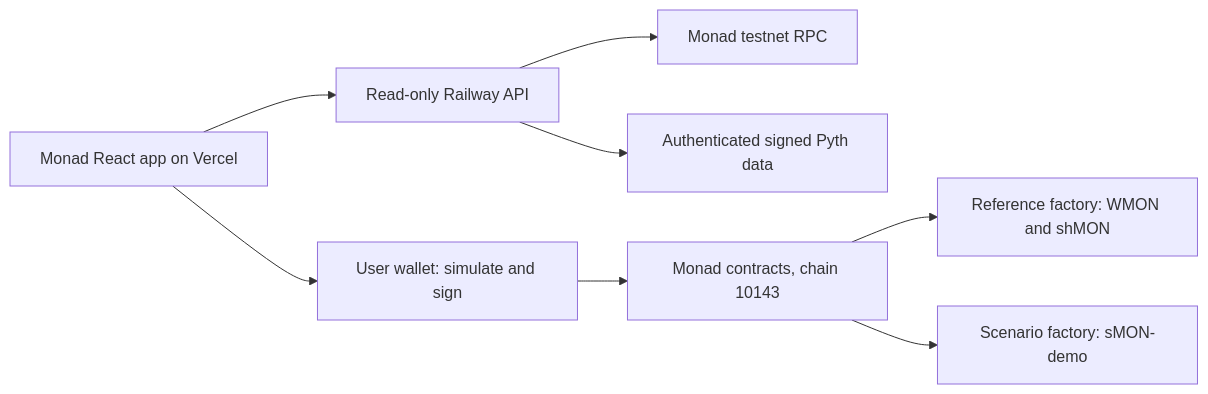
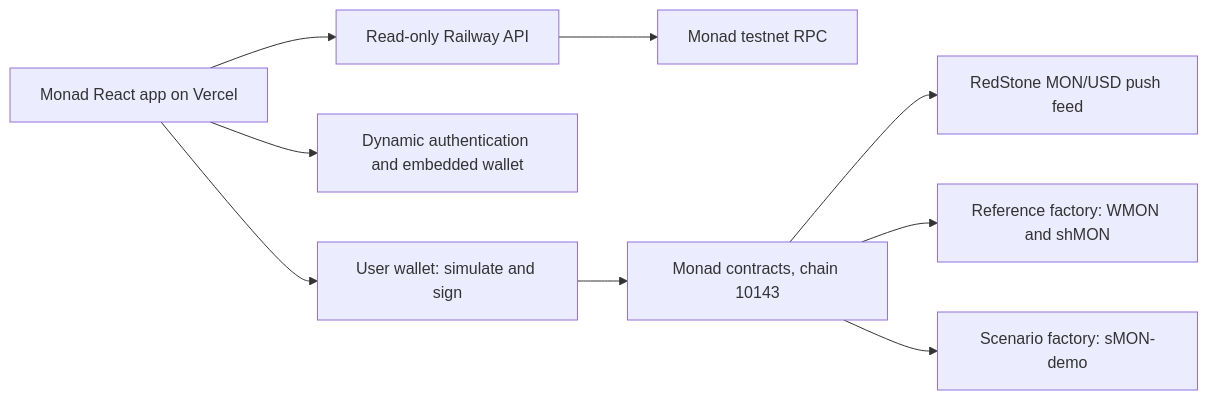
Before and after one commit to YieldShield/yieldshield-monad: the diagram in docs/ARCHITECTURE.md, drawn with Mermaid. The commit also changed other lines of this file and 7 other files, not shown here.

````diff
--- a/docs/ARCHITECTURE.md
+++ b/docs/ARCHITECTURE.md
@@ -5,10 +5,11 @@
 ```mermaid
 flowchart LR
   UI[Monad React app on Vercel] --> API[Read-only Railway API]
   API --> RPC[Monad testnet RPC]
-  API --> Pyth[Authenticated signed Pyth data]
+  Chain --> RedStone[RedStone MON/USD push feed]
+  UI --> Dynamic[Dynamic authentication and embedded wallet]
   UI --> Wallet[User wallet: simulate and sign]
   Wallet --> Chain[Monad contracts, chain 10143]
   Chain --> Ref[Reference factory: WMON and shMON]
   Chain --> Lab[Scenario factory: sMON-demo]
 ```
````
